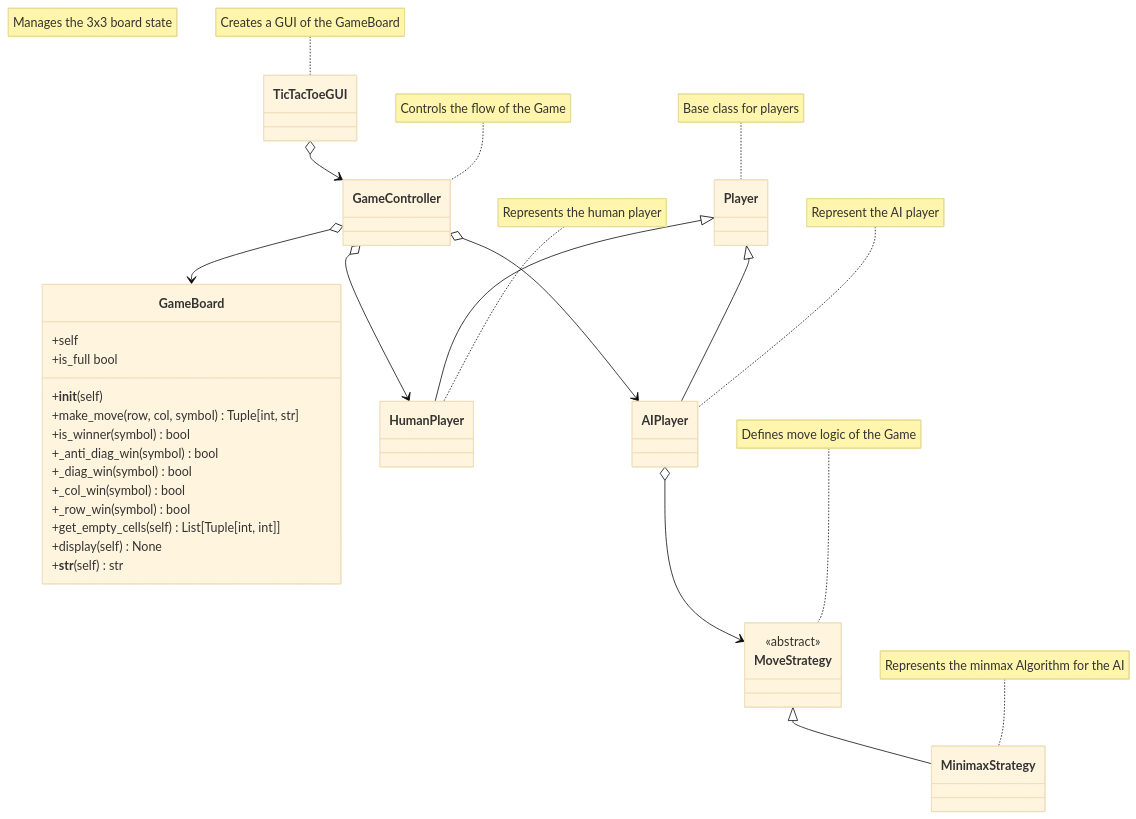
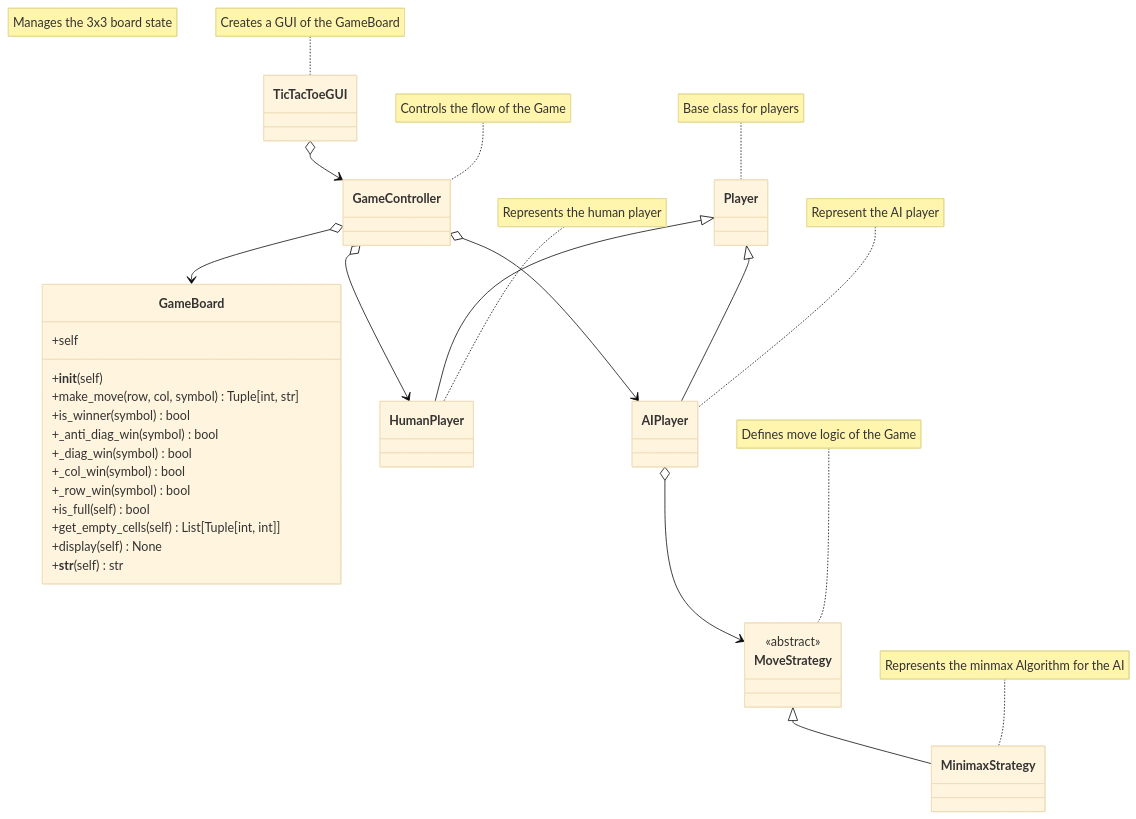
One commit to Alena-Alexander/Tic-Tac-Toe changed the diagram in README.md. Above: the diagram before and after it, drawn with Mermaid (base theme).

````diff
--- a/README.md
+++ b/README.md
@@ -98,67 +98,67 @@
 ```mermaid
 ---
 Tic-Tac-Toe Minmax Algorithm
 ---
 classDiagram
     class GameBoard {
         %% Attributes
         +self
         
         %% Methods
         +__init__(self)
         +make_move(row, col, symbol) Tuple[int, str]
         +is_winner(symbol) bool
         +_anti_diag_win(symbol) bool
         +_diag_win(symbol) bool
         +_col_win(symbol) bool
         +_row_win(symbol) bool
-        +is_full bool
+        +is_full(self) bool
         +get_empty_cells(self) List[Tuple[int, int]]
         +display(self) None
         +__str__(self) str
     }
     
     class Player {
         
     }
     class HumanPlayer {
         
     }
     class AIPlayer {
         
     }
     class MoveStrategy {
         <<abstract>>
     }
     class MinimaxStrategy {
         
     }
     class GameController {
         
     }
     class TicTacToeGUI {
         
     }
     
     note for Gameboard "Manages the 3x3 board state"
     note for Player "Base class for players"
     note for HumanPlayer "Represents the human player"
     note for AIPlayer "Represent the AI player"
     note for MoveStrategy "Defines move logic of the Game"
     note for MinimaxStrategy "Represents the minmax Algorithm for the AI"
     note for GameController "Controls the flow of the Game"
     note for TicTacToeGUI "Creates a GUI of the GameBoard"
     
     %% Inheritance
     Player <|-- HumanPlayer
     Player <|-- AIPlayer
     MoveStrategy <|-- MinimaxStrategy
     
     %% Aggregation: Classes that are assembled together
     %% to create a more complex object
     AIPlayer o--> MoveStrategy
     GameController o--> HumanPlayer
     GameController o--> AIPlayer
     GameController o--> GameBoard
     TicTacToeGUI o--> GameController
 ```
````
